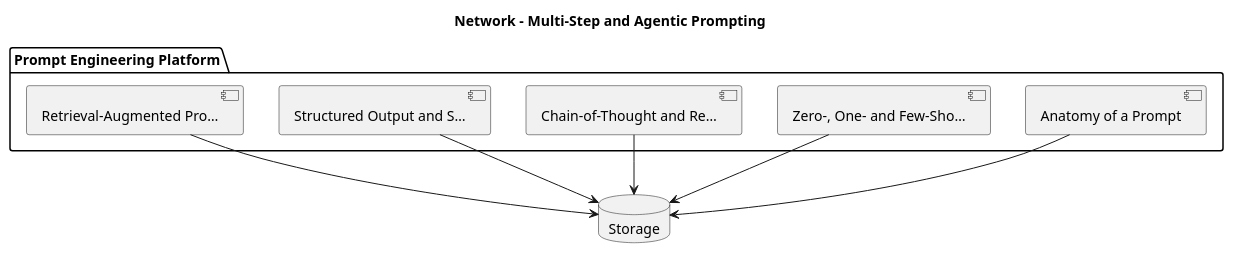
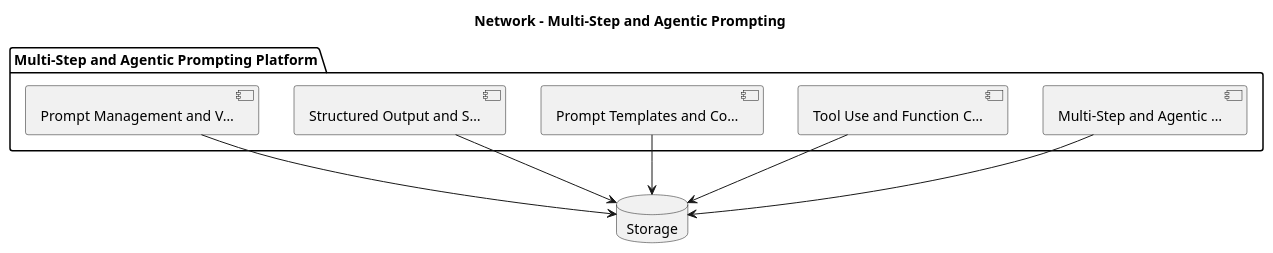
Before and after one commit to ankit05121980/AI-University: the diagram in content/prompt-engineering/prompt-engineering-foundations/diagrams/fig-014-network.puml, drawn with PlantUML. The commit also changed 458 other files, not shown here.

First line of the commit message:
Add Diagram Studio (prompt/text -> diagram) and per-chapter diagram context

```diff
--- a/content/prompt-engineering/prompt-engineering-foundations/diagrams/fig-014-network.puml
+++ b/content/prompt-engineering/prompt-engineering-foundations/diagrams/fig-014-network.puml
@@ -1,16 +1,16 @@
 @startuml
 title Network - Multi-Step and Agentic Prompting
-package "Prompt Engineering Platform" {
-  component "Anatomy of a Prompt" as C0
-  component "Zero-, One- and Few-Sho…" as C1
-  component "Chain-of-Thought and Re…" as C2
+package "Multi-Step and Agentic Prompting Platform" {
+  component "Multi-Step and Agentic …" as C0
+  component "Tool Use and Function C…" as C1
+  component "Prompt Templates and Co…" as C2
   component "Structured Output and S…" as C3
-  component "Retrieval-Augmented Pro…" as C4
+  component "Prompt Management and V…" as C4
 }
 database "Storage" as DB
 C0 --> DB
 C1 --> DB
 C2 --> DB
 C3 --> DB
 C4 --> DB
 @enduml
```
